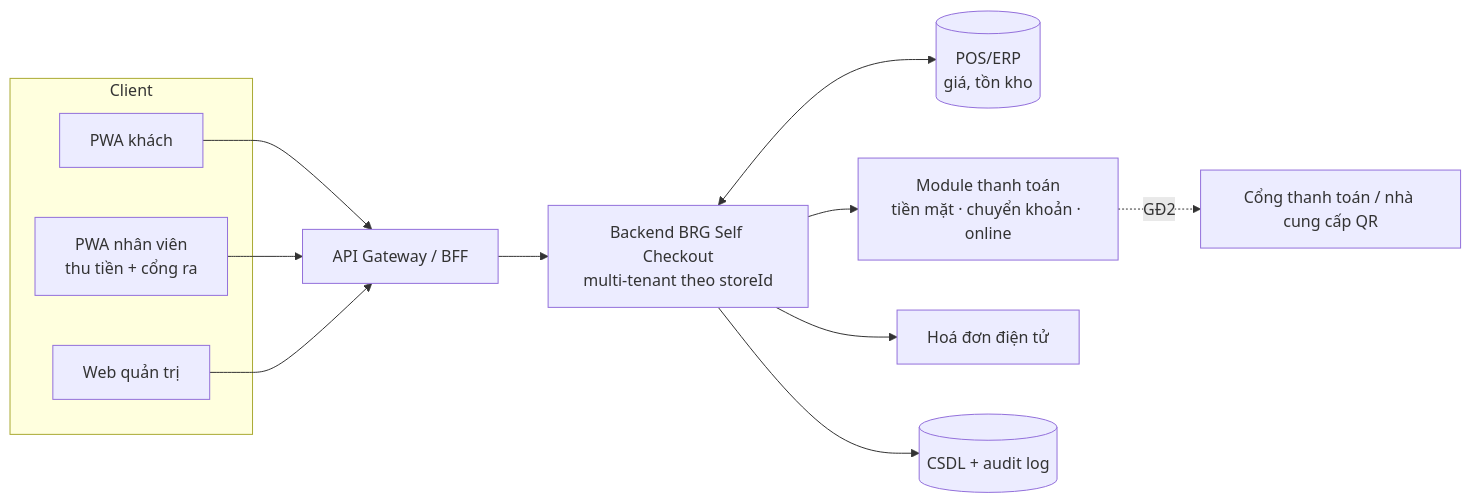
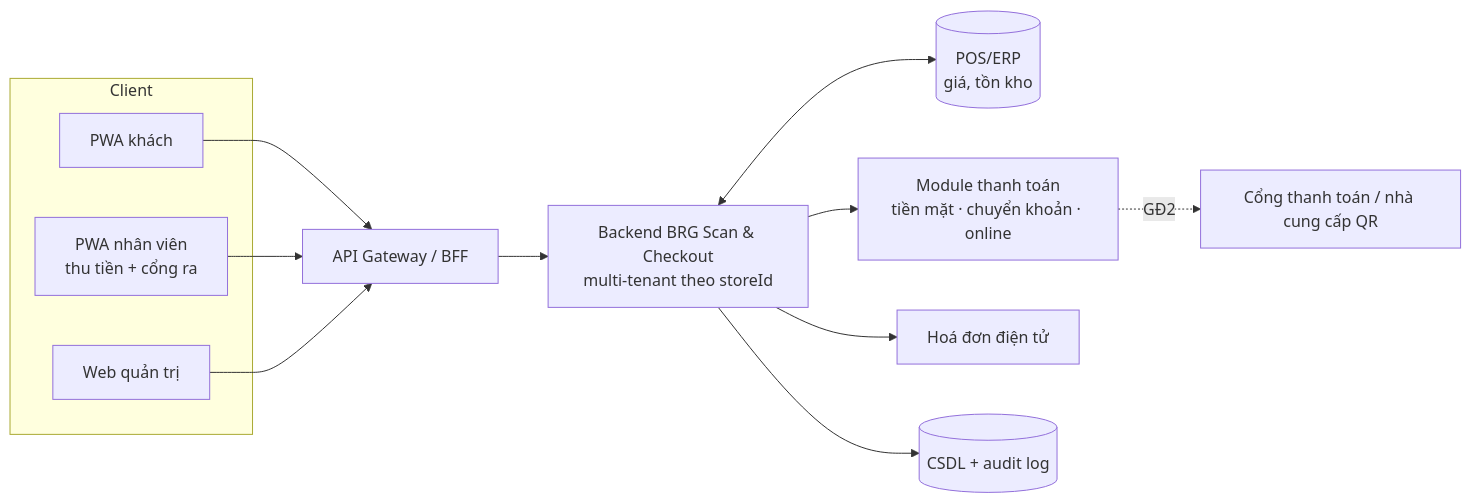
One commit to pth8081/Self-Checkout changed the diagram in docs/04-kien-truc-he-thong.md. Above: the diagram before and after it, drawn with Mermaid. The commit also changed 46 other files, not shown here.

First line of the commit message:
Đổi tên ứng dụng thành BRG Scan & Checkout

````diff
--- a/docs/04-kien-truc-he-thong.md
+++ b/docs/04-kien-truc-he-thong.md
@@ -9,15 +9,15 @@
 ```mermaid
 flowchart LR
     subgraph Client
       C[PWA khách]
       S[PWA nhân viên<br/>thu tiền + cổng ra]
       A[Web quản trị]
     end
     C & S & A --> GW[API Gateway / BFF]
-    GW --> BE[Backend BRG Self Checkout<br/>multi-tenant theo storeId]
+    GW --> BE[Backend BRG Scan & Checkout<br/>multi-tenant theo storeId]
     BE <--> POS[(POS/ERP<br/>giá, tồn kho)]
     BE --> PM[Module thanh toán<br/>tiền mặt · chuyển khoản · online]
     PM -. GĐ2 .-> PAY[Cổng thanh toán / nhà cung cấp QR]
     BE --> EINV[Hoá đơn điện tử]
     BE --> DB[(CSDL + audit log)]
 ```
````
